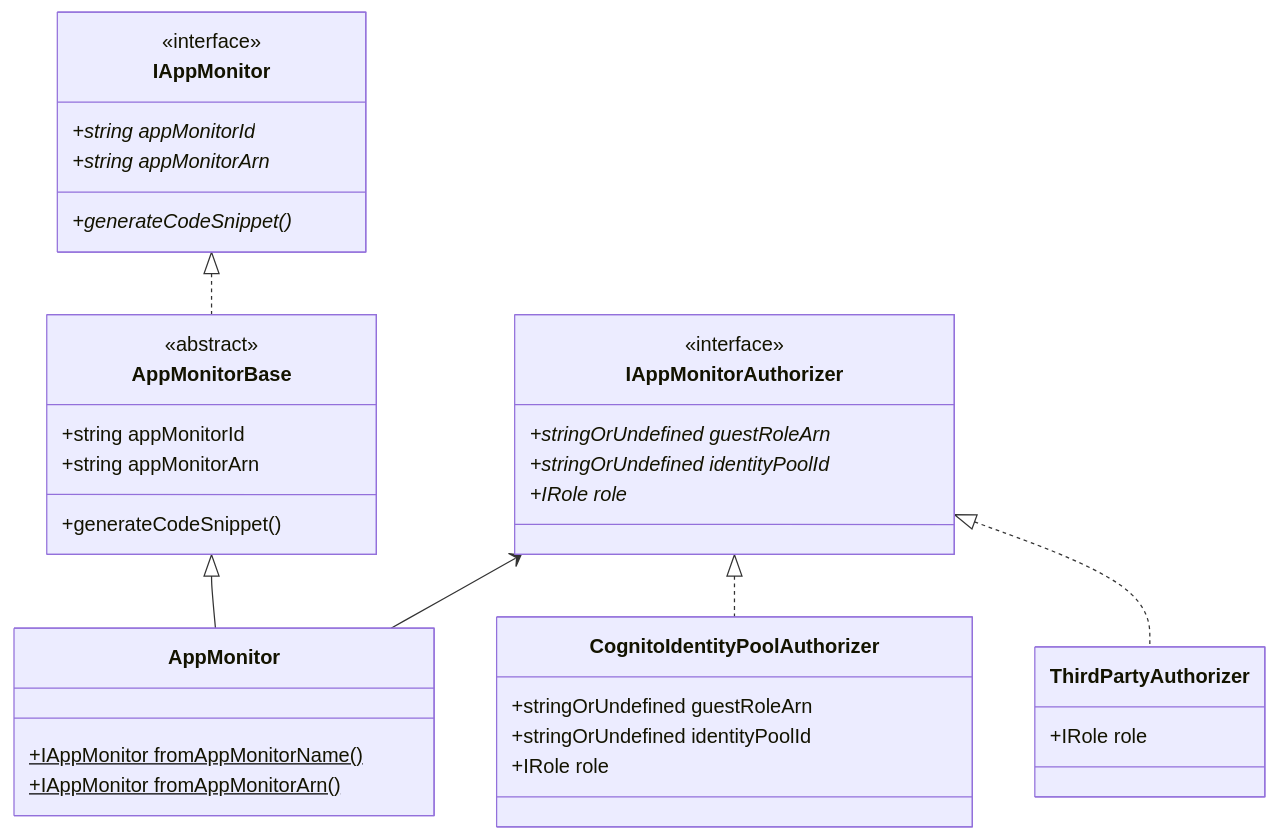
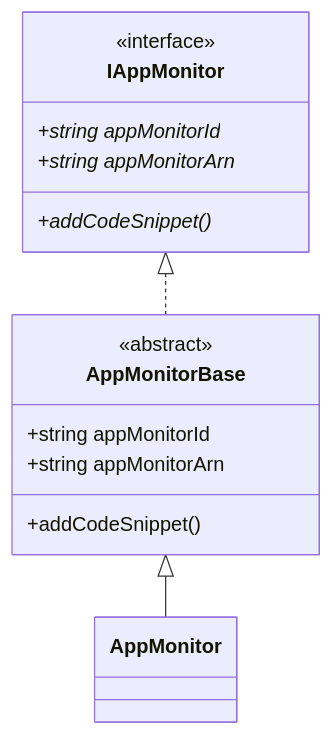
The first of 2 diagrams in text/0400-appmonitor-l2.md (aws/aws-cdk-rfcs), drawn with Mermaid before and after one commit. The commit also changed other lines of this file, not shown here.

````diff
--- a/text/0400-appmonitor-l2.md
+++ b/text/0400-appmonitor-l2.md
@@ -359,38 +340,19 @@
 ```mermaid
 classDiagram
   IAppMonitor <|.. AppMonitorBase
   AppMonitorBase <|-- AppMonitor
-  IAppMonitorAuthorizer <-- AppMonitor
-  IAppMonitorAuthorizer <|.. CognitoIdentityPoolAuthorizer
-  IAppMonitorAuthorizer <|.. ThirdPartyAuthorizer
   class IAppMonitor{
     <<interface>>
     +string appMonitorId*
     +string appMonitorArn*
-    +generateCodeSnippet()*
+    +addCodeSnippet()*
   }
   class AppMonitorBase{
     <<abstract>>
     +string appMonitorId
     +string appMonitorArn
-    +generateCodeSnippet()
+    +addCodeSnippet()
   }
   class AppMonitor{
-    +IAppMonitor fromAppMonitorName()$
-    +IAppMonitor fromAppMonitorArn()$
-  }
-  class IAppMonitorAuthorizer{
-    <<interface>>
-    +stringOrUndefined guestRoleArn*
-    +stringOrUndefined identityPoolId*
-    +IRole role*
-  }
-  class CognitoIdentityPoolAuthorizer{
-    +stringOrUndefined guestRoleArn
-    +stringOrUndefined identityPoolId
-    +IRole role
-  }
-  class ThirdPartyAuthorizer{
-    +IRole role
   }
 ```
````
